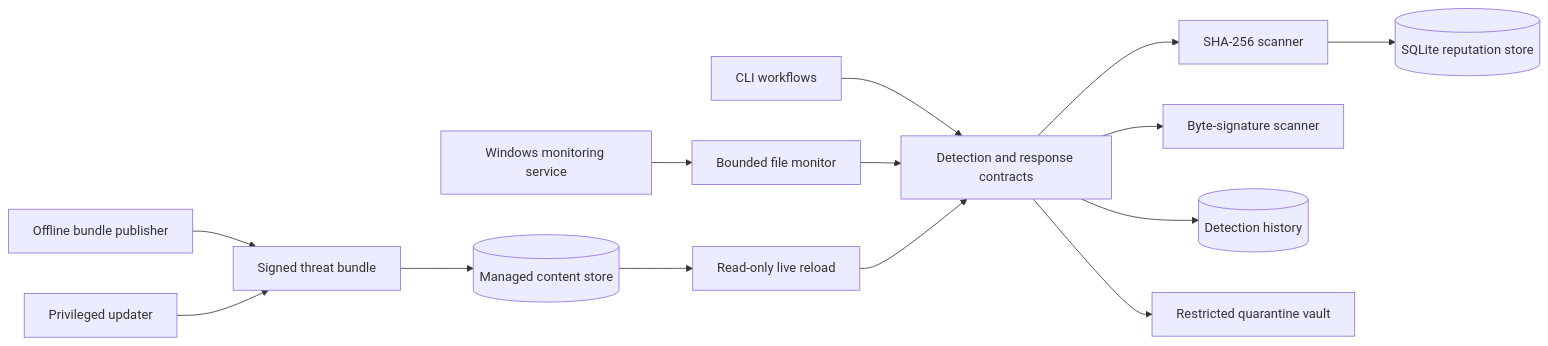
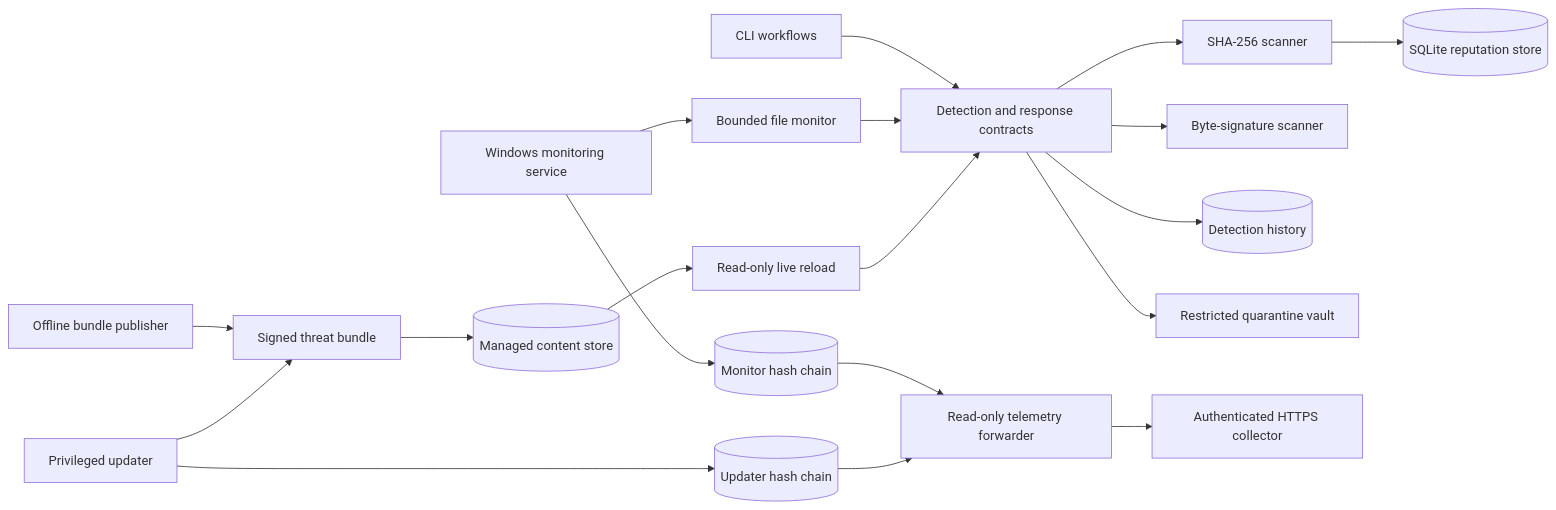
One commit to Utopias187/UtoAegis-Showcase changed the diagram in README.md. Above: the diagram before and after it, drawn with Mermaid. The commit also changed other lines of this file, not shown here.

Commit message:
docs: add tamper-evident telemetry milestone

````diff
--- a/README.md
+++ b/README.md
@@ -28,17 +29,23 @@
 ```mermaid
 flowchart LR
     CLI[CLI workflows] --> Core[Detection and response contracts]
     Service[Windows monitoring service] --> Monitor[Bounded file monitor]
     Monitor --> Core
     Core --> Hash[SHA-256 scanner]
     Core --> Signature[Byte-signature scanner]
     Hash --> Reputation[(SQLite reputation store)]
     Core --> History[(Detection history)]
     Core --> Vault[Restricted quarantine vault]
 
     Publisher[Offline bundle publisher] --> Signed[Signed threat bundle]
     Updater[Privileged updater] --> Signed
     Signed --> Content[(Managed content store)]
     Content --> Reload[Read-only live reload]
     Reload --> Core
+
+    Service --> MonitorSpool[(Monitor hash chain)]
+    Updater --> UpdaterSpool[(Updater hash chain)]
+    MonitorSpool --> Forwarder[Read-only telemetry forwarder]
+    UpdaterSpool --> Forwarder
+    Forwarder --> Collector[Authenticated HTTPS collector]
 ```
````
